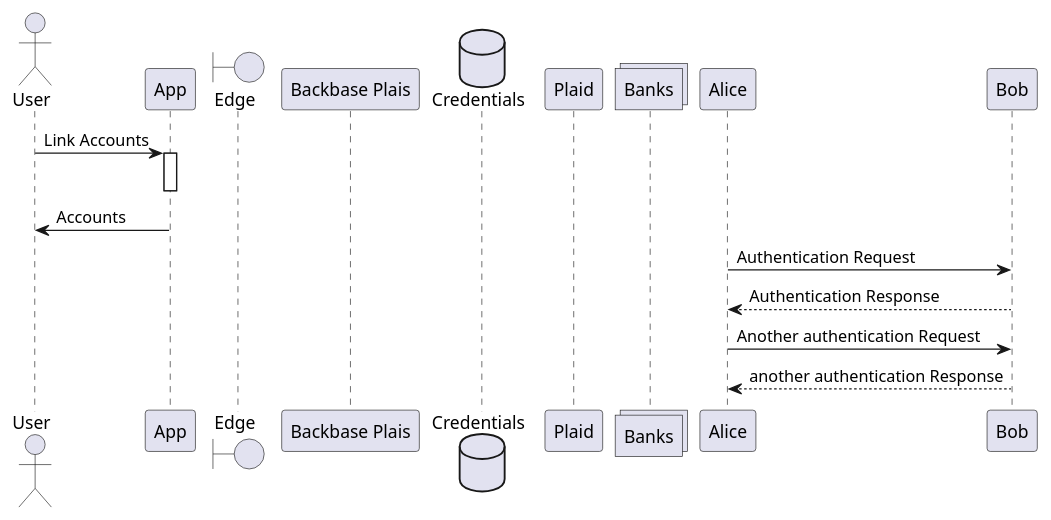
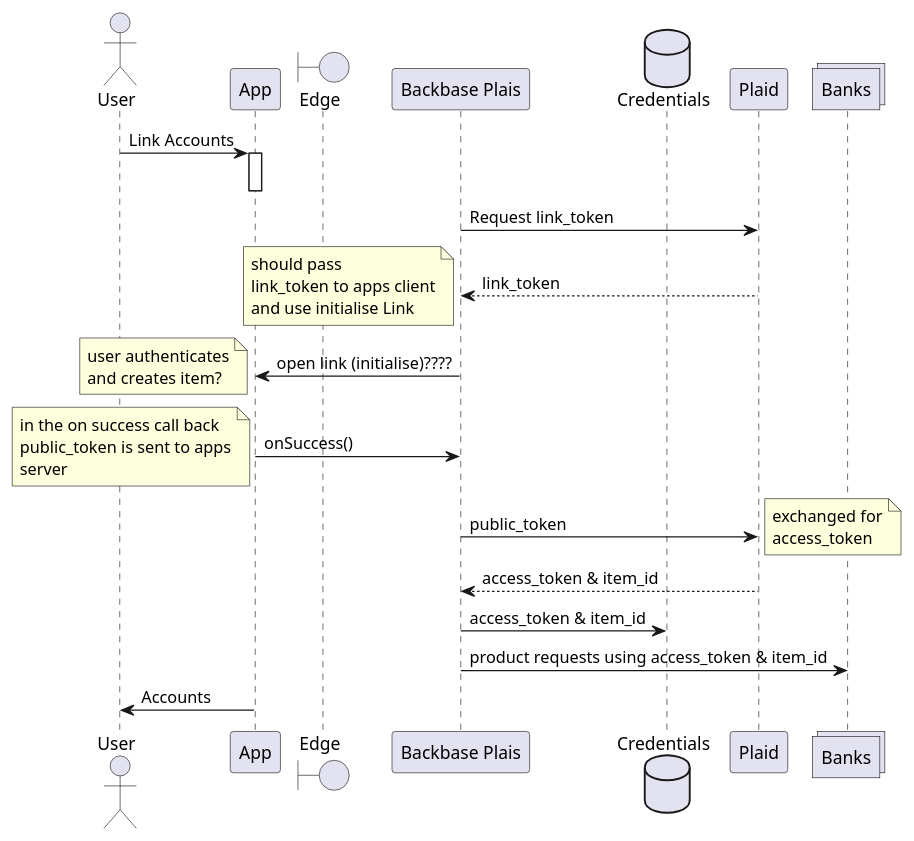
Before and after one commit to fnxpt/backbase-plaid: the diagram in docs/plaid.puml, drawn with PlantUML.

Commit message:
Start on sequence, no idea if correct, go into more detail tomorrow

```diff
--- a/docs/plaid.puml
+++ b/docs/plaid.puml
@@ -1,28 +1,52 @@
 @startuml
 
 
 actor User as U
 participant App as A
 boundary Edge as E
 participant "Backbase Plais" as BP
-database Credentials
-participant Plaid
+database Credentials as C
+participant Plaid as P
 collections Banks
 
 
 U -> A: Link Accounts
+
 activate A
 
 
 
 deactivate A
+BP->P: Request link_token
+P-->BP:link_token
+note left
+should pass
+link_token to apps client
+and use initialise Link
+end note
+BP->A:open link (initialise)????
+note left
+user authenticates
+and creates item?
+end note
+
+A->BP:onSuccess()
+note left
+in the on success call back
+public_token is sent to apps
+server
+end note
+BP->P: public_token
+
+note right
+exchanged for
+access_token
+end note
+P-->BP: access_token & item_id
+
+BP->C: access_token & item_id
+BP->Banks:product requests using access_token & item_id
 A -> U: Accounts
 
 
-
-Alice -> Bob: Authentication Request
-Bob --> Alice: Authentication Response
-
-Alice -> Bob: Another authentication Request
-Alice <-- Bob: another authentication Response
 @enduml
```
